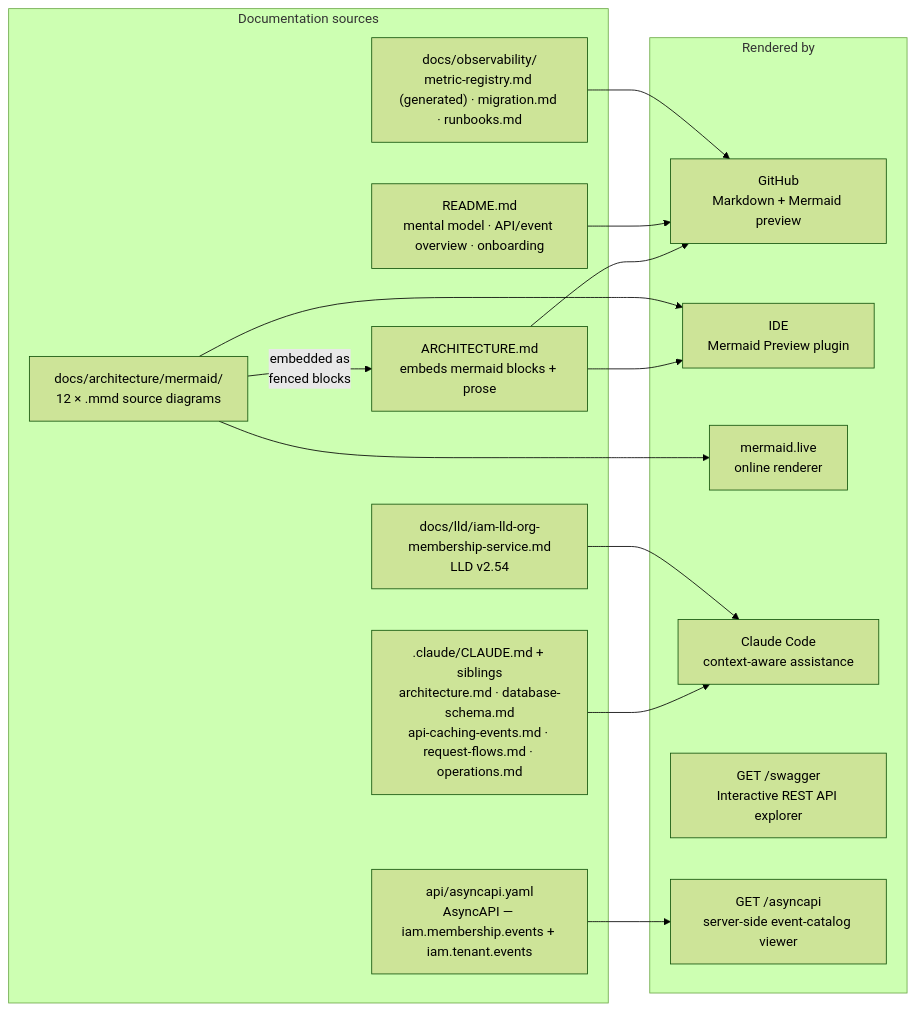
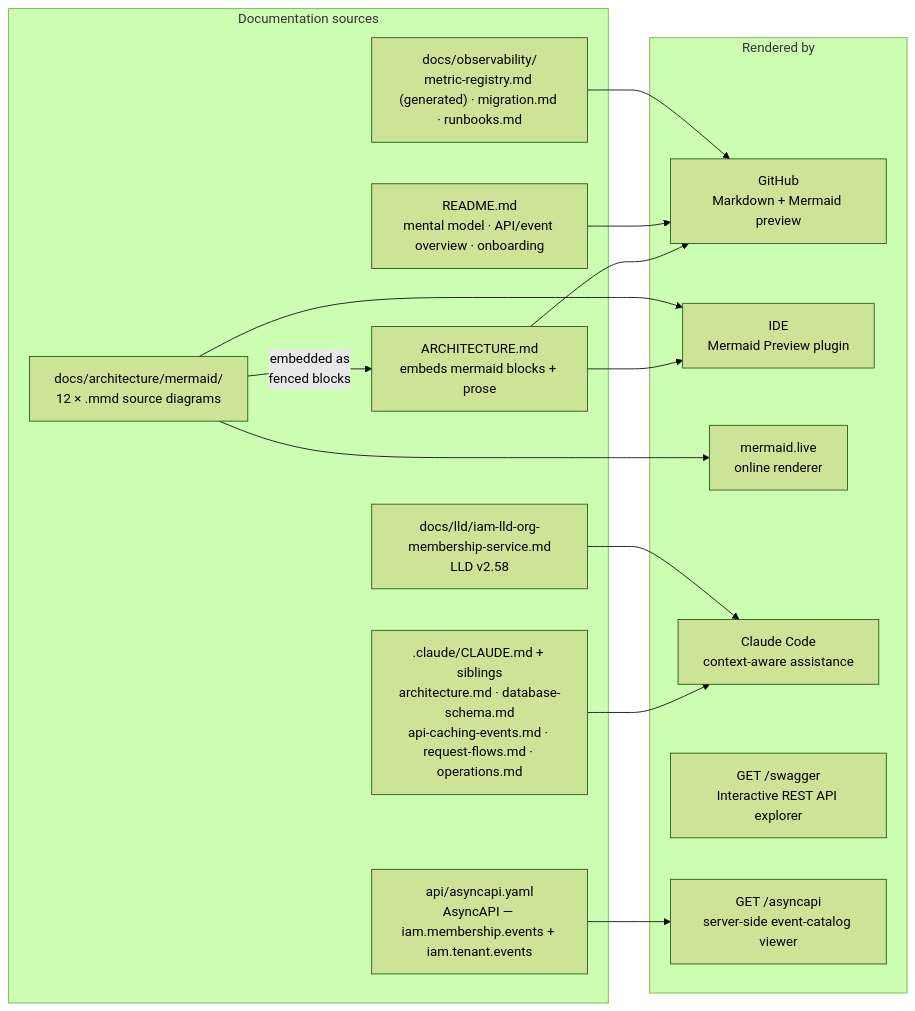
Diagram 13 of 13 in ARCHITECTURE.md (BCBP-SOLUTIONS-FZC-LLC/iam-org-membership), drawn with Mermaid (forest theme) before and after one commit. The commit also changed other lines of this file and 38 other files, not shown here.

````diff
--- a/ARCHITECTURE.md
+++ b/ARCHITECTURE.md
@@ -1386,30 +1386,30 @@
 ```mermaid
 graph LR
     subgraph sources["Documentation sources"]
         mmd["docs/architecture/mermaid/\n12 × .mmd source diagrams"]
         arch["ARCHITECTURE.md\nembeds mermaid blocks + prose"]
         claude[".claude/CLAUDE.md + siblings\narchitecture.md · database-schema.md\napi-caching-events.md · request-flows.md · operations.md"]
         readme["README.md\nmental model · API/event overview · onboarding"]
         asyncapi_yaml["api/asyncapi.yaml\nAsyncAPI — iam.membership.events + iam.tenant.events"]
-        lld["docs/lld/iam-lld-org-membership-service.md\nLLD v2.54"]
+        lld["docs/lld/iam-lld-org-membership-service.md\nLLD v2.58"]
         obsdocs["docs/observability/\nmetric-registry.md (generated) · migration.md · runbooks.md"]
     end
 
     subgraph rendered["Rendered by"]
         github["GitHub\nMarkdown + Mermaid preview"]
         ide["IDE\nMermaid Preview plugin"]
         live["mermaid.live\nonline renderer"]
         claude_ai["Claude Code\ncontext-aware assistance"]
         swagger_viewer["GET /swagger\nInteractive REST API explorer"]
         asyncapi_viewer["GET /asyncapi\nserver-side event-catalog viewer"]
     end
 
     mmd  -->|"embedded as\nfenced blocks"| arch
     arch --> github & ide
     mmd  --> live & ide
     claude --> claude_ai
     readme --> github
     lld --> claude_ai
     obsdocs --> github
     asyncapi_yaml --> asyncapi_viewer
 ```
````
